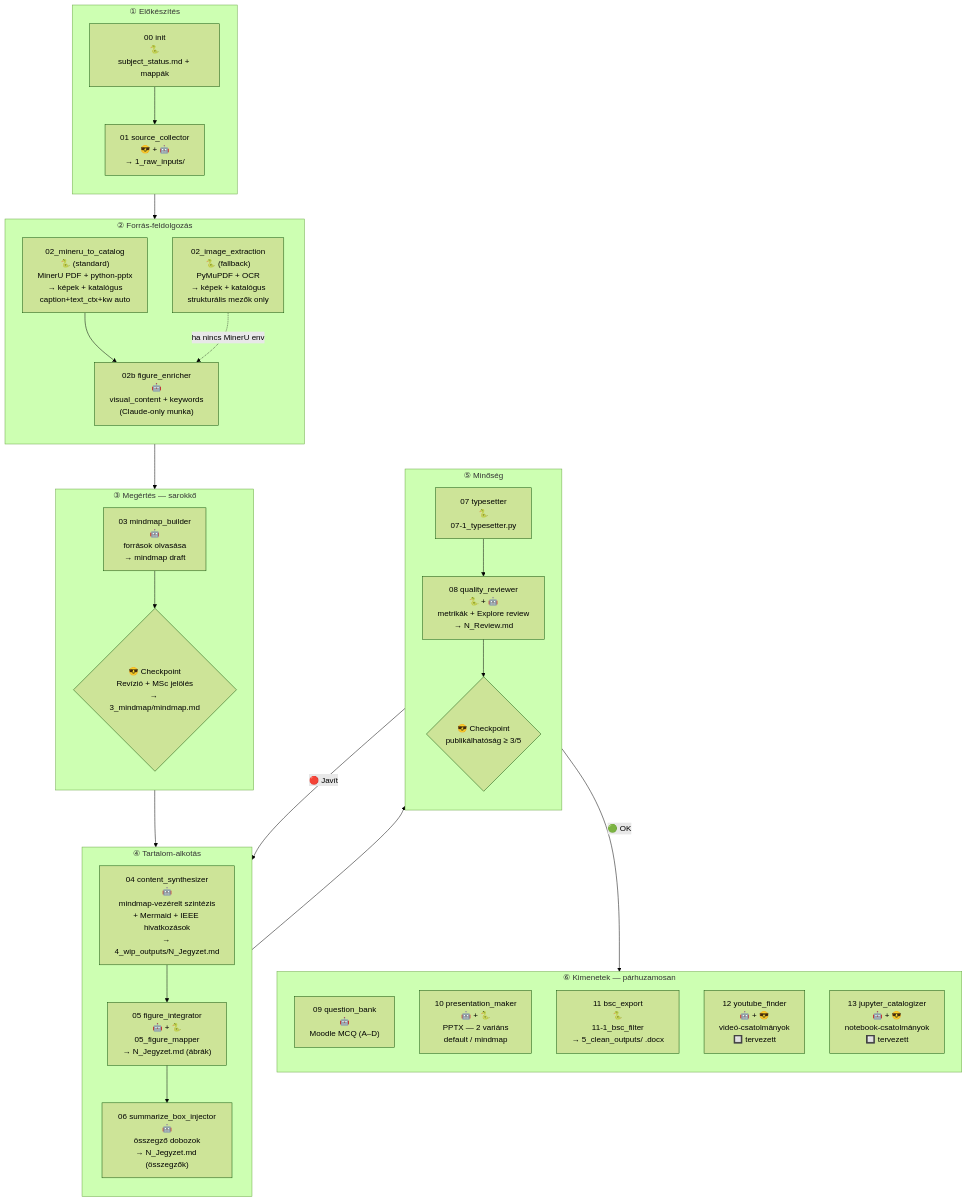
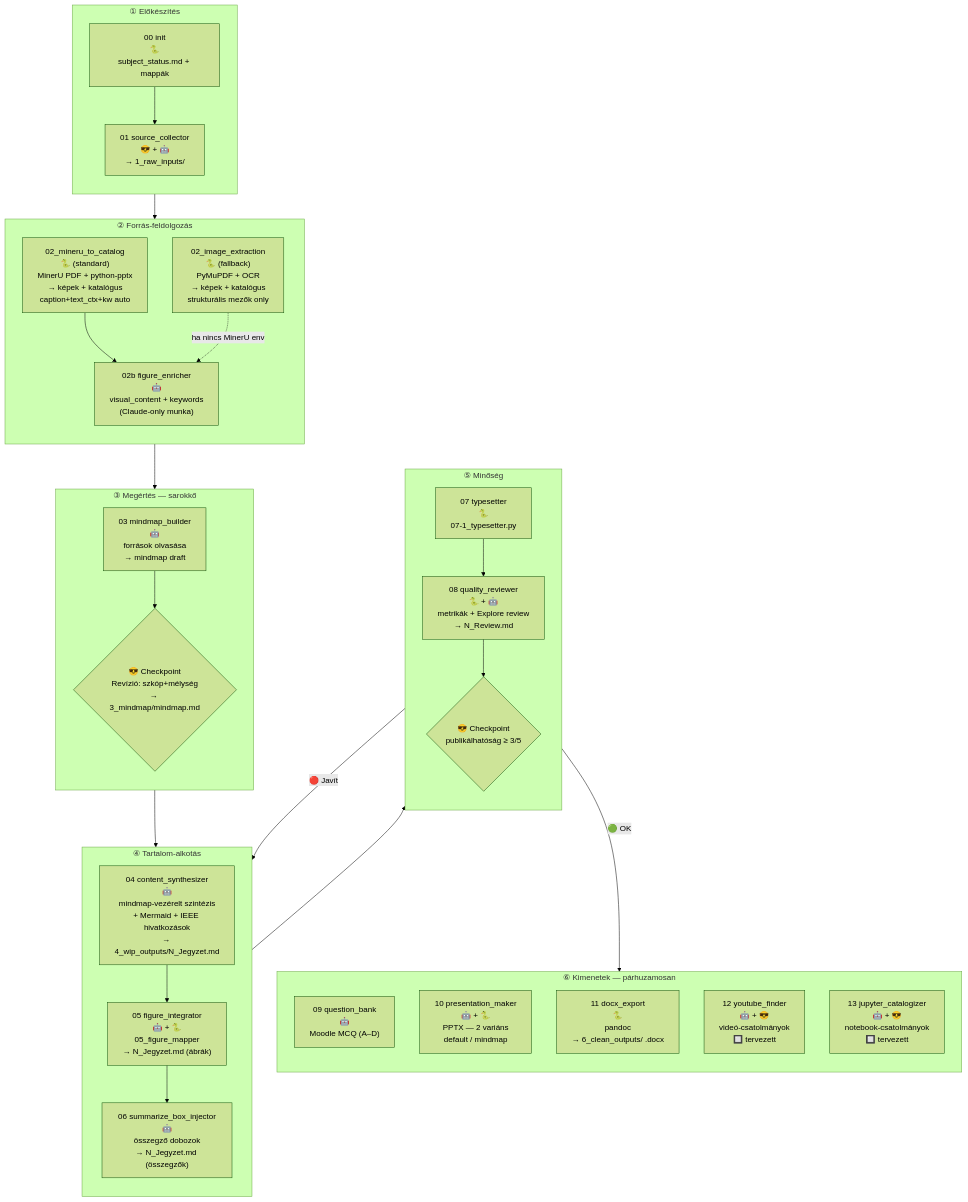
Before and after one commit to InutilemMachina/claude_course: the diagram in .claude/pipeline.md, drawn with Mermaid (forest theme). The commit also changed other lines of this file and 11 other files, not shown here.

````diff
--- a/.claude/pipeline.md
+++ b/.claude/pipeline.md
@@ -56,54 +56,54 @@
 ```mermaid
 flowchart TD
     subgraph INIT["① Előkészítés"]
         direction TB
         I0["00 init<br>🐍<br>subject_status.md + mappák"]
         I1["01 source_collector<br>😎 + 🤖<br>→ 1_raw_inputs/"]
         I0 --> I1
     end
 
     subgraph EXT["② Forrás-feldolgozás"]
         direction TB
         E1m["02_mineru_to_catalog<br>🐍 (standard)<br>MinerU PDF + python-pptx<br>→ képek + katalógus<br>caption+text_ctx+kw auto"]
         E1["02_image_extraction<br>🐍 (fallback)<br>PyMuPDF + OCR<br>→ képek + katalógus<br>strukturális mezők only"]
         E2["02b figure_enricher<br>🤖<br>visual_content + keywords<br>(Claude-only munka)"]
         E1m --> E2
         E1 -.->|"ha nincs MinerU env"| E2
     end
 
     subgraph UNDERSTAND["③ Megértés — sarokkő"]
         direction TB
         U1["03 mindmap_builder<br>🤖<br>források olvasása<br>→ mindmap draft"]
-        U2{"😎 Checkpoint<br>Revízió + MSc jelölés<br>→ 3_mindmap/mindmap.md"}
+        U2{"😎 Checkpoint<br>Revízió: szkóp+mélység<br>→ 3_mindmap/mindmap.md"}
         U1 --> U2
     end
 
     subgraph CREATE["④ Tartalom-alkotás"]
         direction TB
         C1["04 content_synthesizer<br>🤖<br>mindmap-vezérelt szintézis<br>+ Mermaid + IEEE hivatkozások<br>→ 4_wip_outputs/N_Jegyzet.md"]
         C2["05 figure_integrator<br>🤖 + 🐍<br>05_figure_mapper<br>→ N_Jegyzet.md (ábrák)"]
         C3["06 summarize_box_injector<br>🤖<br>összegző dobozok<br>→ N_Jegyzet.md (összegzők)"]
         C1 --> C2 --> C3
     end
 
     subgraph QUALITY["⑤ Minőség"]
         direction TB
         Q1["07 typesetter<br>🐍<br>07-1_typesetter.py"]
         Q2["08 quality_reviewer<br>🐍 + 🤖<br>metrikák + Explore review<br>→ N_Review.md"]
         Q3{"😎 Checkpoint<br>publikálhatóság ≥ 3/5"}
         Q1 --> Q2 --> Q3
     end
 
     subgraph OUTPUT["⑥ Kimenetek — párhuzamosan"]
         direction TB
         O1["09 question_bank<br>🤖<br>Moodle MCQ (A–D)"]
         O2["10 presentation_maker<br>🤖 + 🐍<br>PPTX — 2 variáns<br>default / mindmap"]
-        O3["11 bsc_export<br>🐍<br>11-1_bsc_filter<br>→ 5_clean_outputs/ .docx"]
+        O3["11 docx_export<br>🐍<br>pandoc<br>→ 6_clean_outputs/ .docx"]
         O4["12 youtube_finder<br>🤖 + 😎<br>videó-csatolmányok<br>🔲 tervezett"]
         O5["13 jupyter_catalogizer<br>🤖 + 😎<br>notebook-csatolmányok<br>🔲 tervezett"]
     end
 
     INIT --> EXT --> UNDERSTAND --> CREATE --> QUALITY
     Q3 -->|"🟢 OK"| OUTPUT
     Q3 -->|"🔴 Javít"| CREATE
 ```
````
